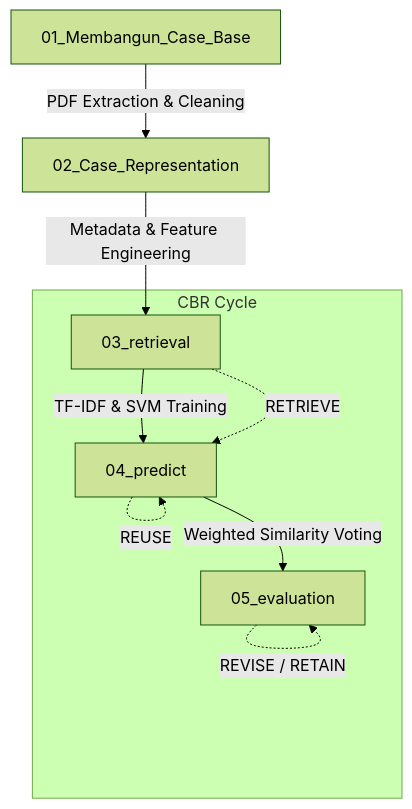
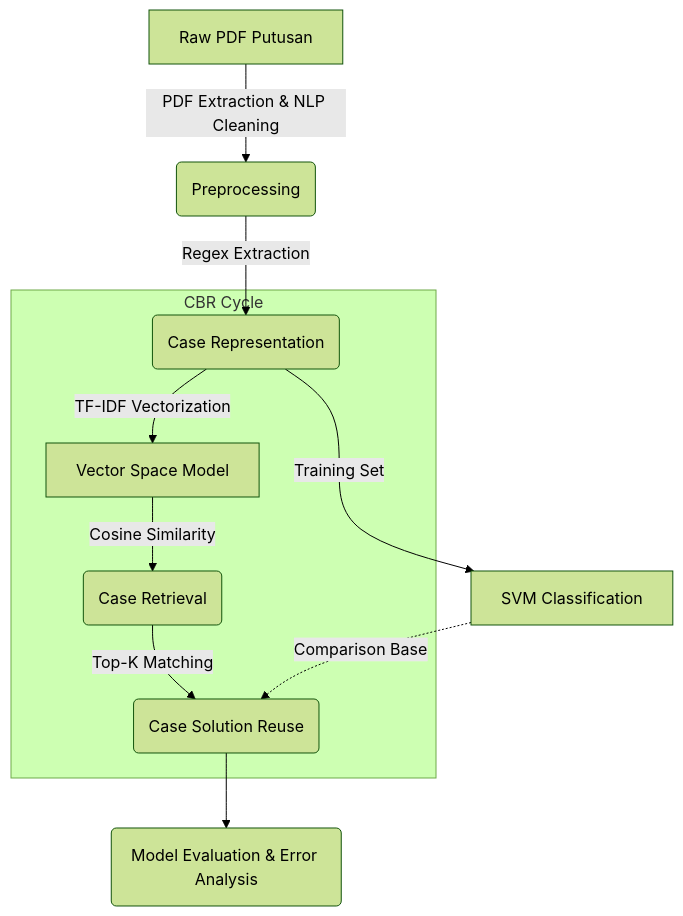
One commit to rifqidzaki/cbr-hukum-perceraian changed the diagram in README.md. Above: the diagram before and after it, drawn with Mermaid (forest theme). The commit also changed other lines of this file and 15 other files, not shown here.

Commit message:
Refactor: Enhance CBR pipeline date extraction, add academic error analysis, update evaluation visualizations, and polish README.md

````diff
--- a/README.md
+++ b/README.md
@@ -22,13 +25,16 @@
 ```mermaid
 graph TD
-    A[01_Membangun_Case_Base] -->|PDF Extraction & Cleaning| B[02_Case_Representation]
-    B -->|Metadata & Feature Engineering| C[03_retrieval]
-    C -->|TF-IDF & SVM Training| D[04_predict]
-    D -->|Weighted Similarity Voting| E[05_evaluation]
+    A[Raw PDF Putusan] -->|PDF Extraction & NLP Cleaning| B(Preprocessing)
+    B -->|Regex Extraction| C(Case Representation)
     
     subgraph CBR Cycle
-        C -.-> |RETRIEVE| D
-        D -.-> |REUSE| D
-        E -.-> |REVISE / RETAIN| E
+        C -->|TF-IDF Vectorization| D[Vector Space Model]
+        D -->|Cosine Similarity| E(Case Retrieval)
+        E -->|Top-K Matching| F(Case Solution Reuse)
     end
+    
+    C -->|Training Set| G[SVM Classification]
+    G -.-> |Comparison Base| F
+    
+    F --> H(Model Evaluation & Error Analysis)
 ```
````
